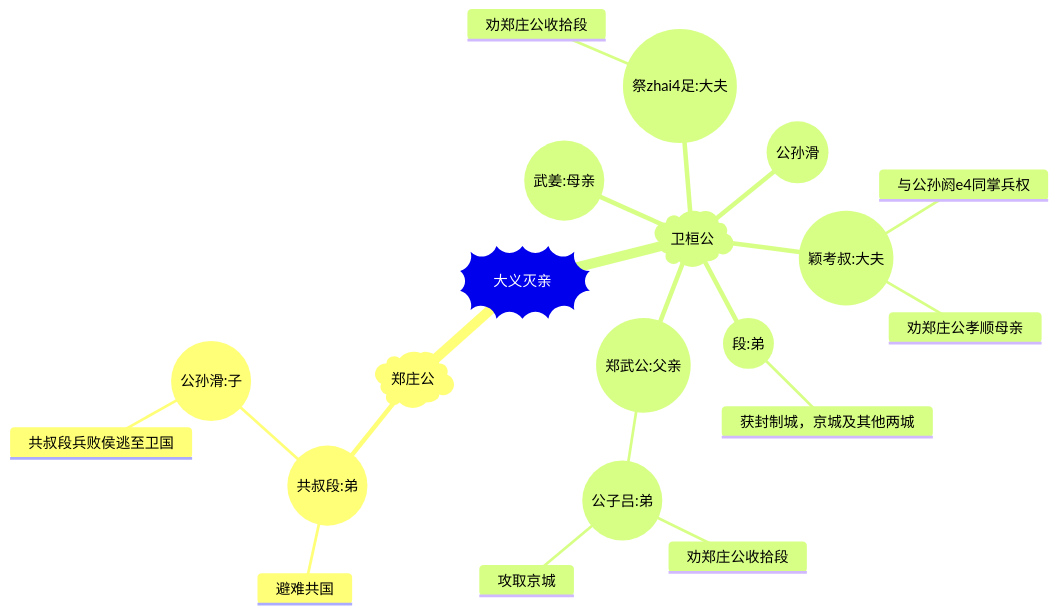
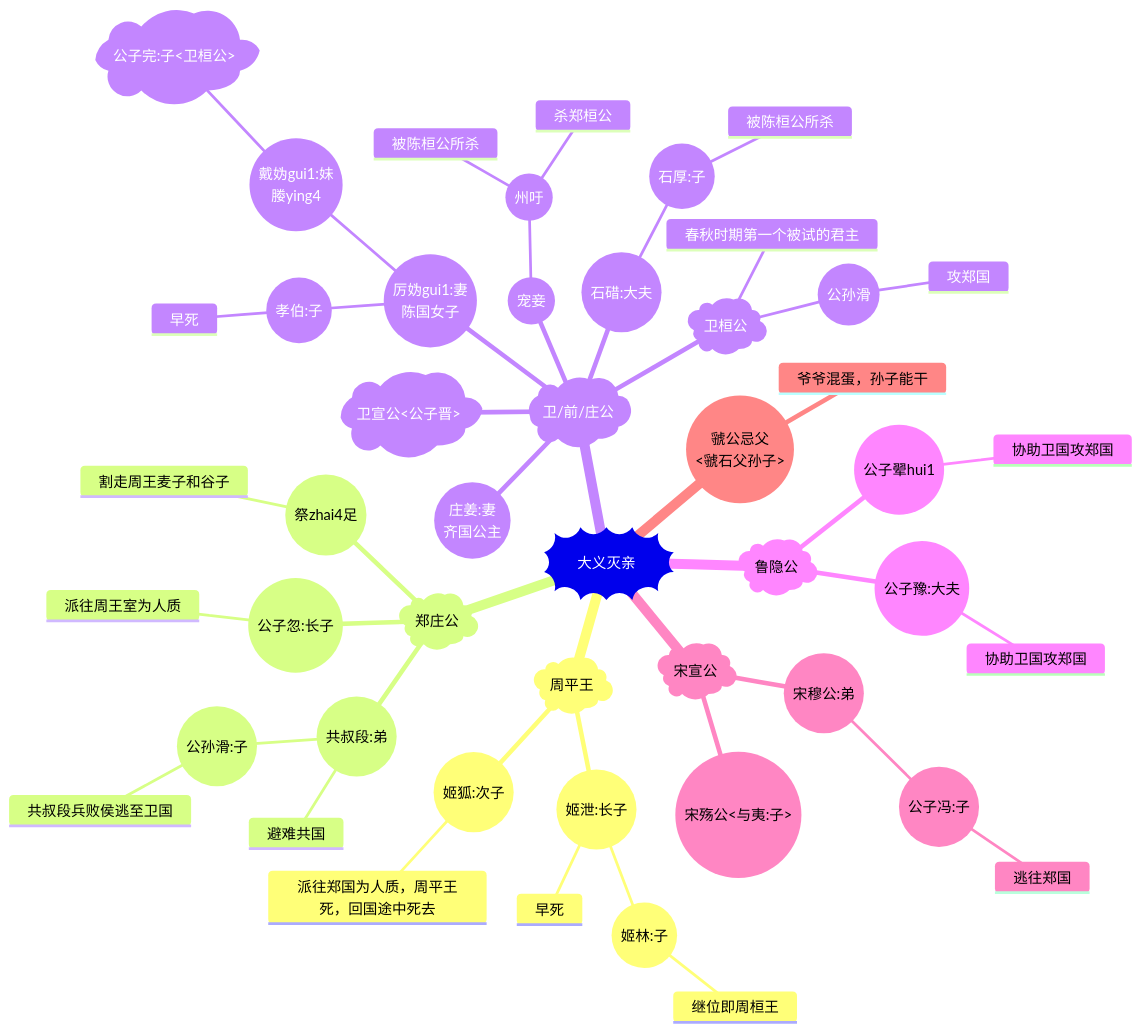
One commit to tsuyu2016/read changed the second of 3 diagrams in 透过地理看历史（春秋篇）03.md. Above: the diagram before and after it, drawn with Mermaid. The commit also changed other lines of this file and 1 other file, not shown here.

````diff
--- a/透过地理看历史（春秋篇）03.md
+++ b/透过地理看历史（春秋篇）03.md
@@ -43,24 +45,51 @@
 ```mermaid
 mindmap
 root))大义灭亲((
+  )周平王(
+    ((姬泄:长子))
+      早死
+      ((姬林:子))
+        继位即周桓王
+    ((姬狐:次子))
+      派往郑国为人质，周平王死，回国途中死去
   )郑庄公(
+    ((公子忽:长子))
+      派往周王室为人质
     ((共叔段:弟))
       避难共国
       ((公孙滑:子))
         共叔段兵败侯逃至卫国
-  )卫桓公(
-    ((公孙滑))
-
-    ((祭zhai4足:大夫))
-      劝郑庄公收拾段
-    ((颖考叔:大夫))
-      劝郑庄公孝顺母亲
-      与公孙阏e4同掌兵权
-    ((武姜:母亲))
-    ((段:弟))
-      获封制城，京城及其他两城
-    ((郑武公:父亲))
-      ((公子吕:弟))
-        劝郑庄公收拾段
-        攻取京城
+    ((祭zhai4足))
+      割走周王麦子和谷子
+  )卫/前/庄公(
+    ((庄姜:妻<br>齐国公主))
+    ((厉妫gui1:妻<br>陈国女子))
+      ((孝伯:子))
+        早死
+      ((戴妫gui1:妹<br>媵ying4))
+        )公子完:子<卫桓公>(
+    ((宠妾))
+      ((州吁))
+        杀郑桓公
+        被陈桓公所杀
+    ((石碏:大夫))
+      ((石厚:子))
+        被陈桓公所杀
+    )卫桓公(
+      春秋时期第一个被试的君主
+      ((公孙滑))
+        攻郑国
+    )卫宣公<公子晋>(
+  )鲁隐公(
+    ((公子豫:大夫))
+      协助卫国攻郑国
+    ((公子翚hui1))
+      协助卫国攻郑国
+  )宋宣公(
+    ((宋殇公<与夷:子>))
+    ((宋穆公:弟))
+      ((公子冯:子))
+        逃往郑国
+  ((虢公忌父<br><虢石父孙子>))
+    爷爷混蛋，孙子能干
 ```
````
